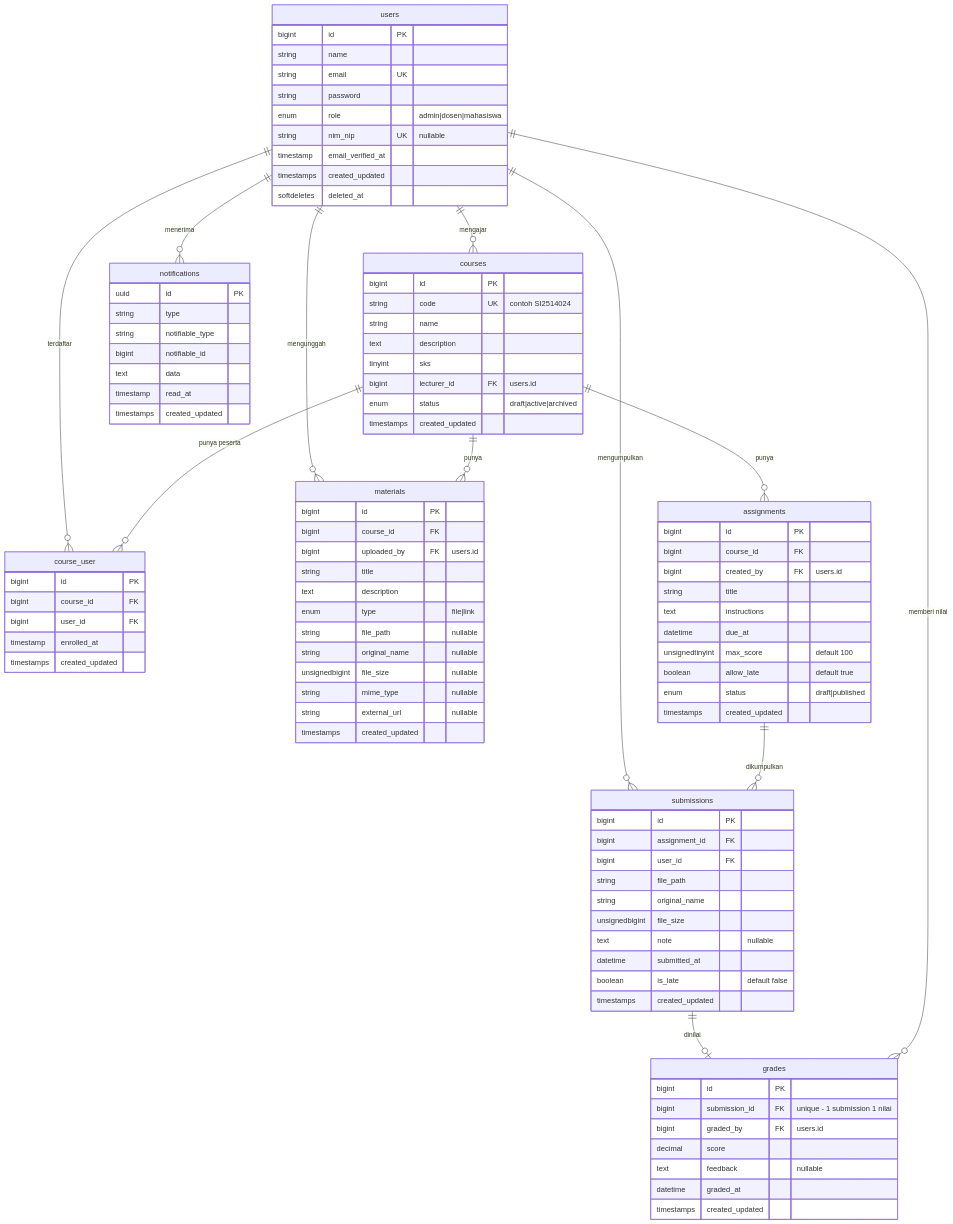
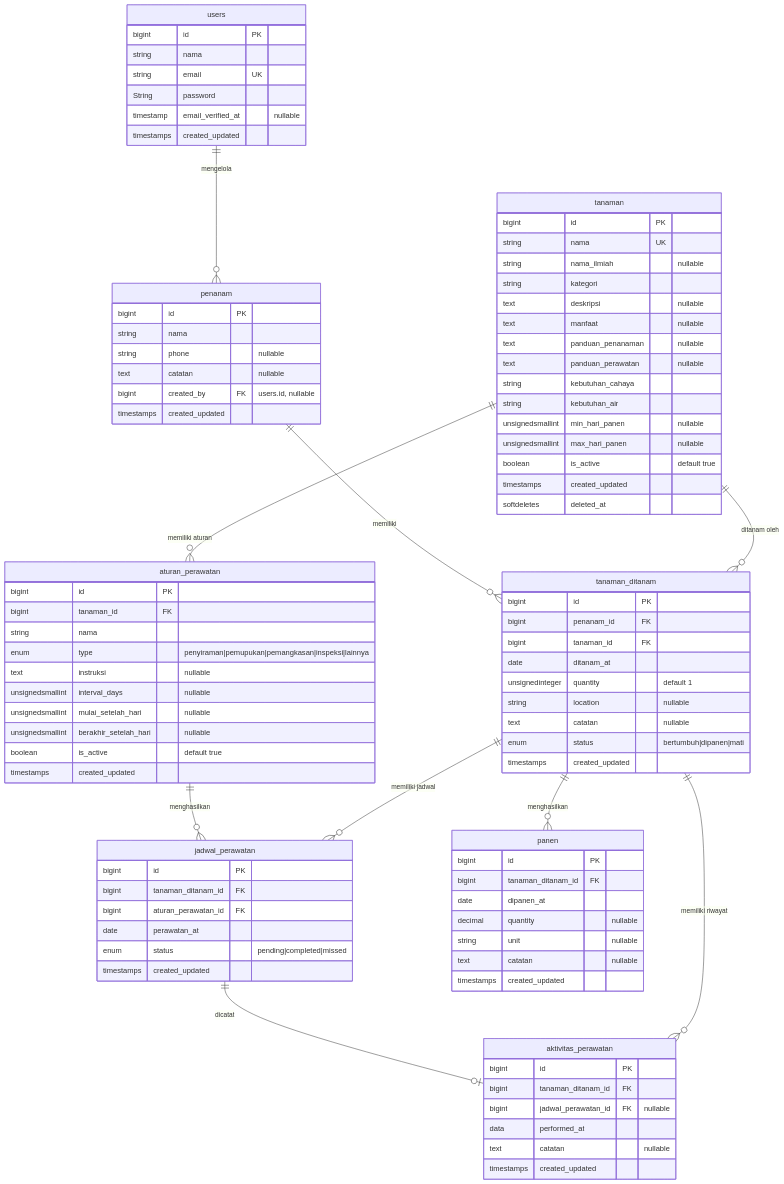
The diagram in spesifikasi-proyek-Akarasa/spesifikasi-proyek-Kebun.md (muhammadzaldysyahfiraz/web-akarasa), drawn with Mermaid before and after one commit. The commit also changed other lines of this file, not shown here.

````diff
--- a/spesifikasi-proyek-Akarasa/spesifikasi-proyek-Kebun.md
+++ b/spesifikasi-proyek-Akarasa/spesifikasi-proyek-Kebun.md
@@ -362,108 +362,107 @@
 ```mermaid
 erDiagram
-    users ||--o{ course_user : "terdaftar"
-    users ||--o{ courses : "mengajar"
-    users ||--o{ submissions : "mengumpulkan"
-    users ||--o{ materials : "mengunggah"
-    users ||--o{ notifications : "menerima"
+    users ||--o{ penanam : "mengelola"
+    
+    penanam ||--o{ tanaman_ditanam : "memiliki"
+    tanaman ||--o{ tanaman_ditanam : "ditanam oleh"
 
-    courses ||--o{ course_user : "punya peserta"
-    courses ||--o{ materials : "punya"
-    courses ||--o{ assignments : "punya"
+    tanaman ||--o{ aturan_perawatan : "memiliki aturan"
+    aturan_perawatan ||--o{ jadwal_perawatan : "menghasilkan"
 
-    assignments ||--o{ submissions : "dikumpulkan"
-    submissions ||--o| grades : "dinilai"
-    users ||--o{ grades : "memberi nilai"
+    tanaman_ditanam ||--o{ jadwal_perawatan : "memiliki jadwal"
+
+    jadwal_perawatan ||--o| aktivitas_perawatan : "dicatat" 
+    tanaman_ditanam ||--o{ aktivitas_perawatan : "memiliki riwayat"
+    
+    tanaman_ditanam ||--o{ panen : "menghasilkan"
 
     users {
         bigint id PK
-        string name
+        string nama
         string email UK
-        string password
-        enum role "admin|dosen|mahasiswa"
-        string nim_nip UK "nullable"
-        timestamp email_verified_at
+        String password
+        timestamp email_verified_at "nullable"
+        timestamps created_updated
+    }
+
+    penanam {
+        bigint id PK
+        string nama
+        string phone "nullable"
+        text catatan "nullable"
+        bigint created_by FK "users.id, nullable"
+        timestamps created_updated
+    }
+
+    tanaman {
+        bigint id PK
+        string nama UK
+        string nama_ilmiah "nullable"
+        string kategori
+        text deskripsi "nullable"
+        text manfaat "nullable"
+        text panduan_penanaman "nullable"
+        text panduan_perawatan "nullable"
+        string kebutuhan_cahaya
+        string kebutuhan_air
+        unsignedsmallint min_hari_panen "nullable"
+        unsignedsmallint max_hari_panen "nullable"
+        boolean is_active "default true"
         timestamps created_updated
         softdeletes deleted_at
     }
 
-    courses {
+    aturan_perawatan {
         bigint id PK
-        string code UK "contoh SI2514024"
-        string name
-        text description
-        tinyint sks
-        bigint lecturer_id FK "users.id"
-        enum status "draft|active|archived"
+        bigint tanaman_id FK
+        string nama
+        enum type "penyiraman|pemupukan|pemangkasan|inspeksi|lainnya"
+        text instruksi "nullable"
+        unsignedsmallint interval_days "nullable"
+        unsignedsmallint mulai_setelah_hari "nullable"
+        unsignedsmallint berakhir_setelah_hari "nullable"
+        boolean is_active "default true"
         timestamps created_updated
     }
 
-    course_user {
+    tanaman_ditanam {
         bigint id PK
-        bigint course_id FK
-        bigint user_id FK
-        timestamp enrolled_at
+        bigint penanam_id FK
+        bigint tanaman_id FK
+        date ditanam_at
+        unsignedinteger quantity "default 1"
+        string location "nullable"
+        text catatan "nullable"
+        enum status "bertumbuh|dipanen|mati"
         timestamps created_updated
     }
 
-    materials {
+
+    jadwal_perawatan {
         bigint id PK
-        bigint course_id FK
-        bigint uploaded_by FK "users.id"
-        string title
-        text description
-        enum type "file|link"
-        string file_path "nullable"
-        string original_name "nullable"
-        unsignedbigint file_size "nullable"
-        string mime_type "nullable"
-        string external_url "nullable"
+        bigint tanaman_ditanam_id FK
+        bigint aturan_perawatan_id FK
+        date perawatan_at
+        enum status "pending|completed|missed"
         timestamps created_updated
     }
 
-    assignments {
+    aktivitas_perawatan {
         bigint id PK
-        bigint course_id FK
-        bigint created_by FK "users.id"
-        string title
-        text instructions
-        datetime due_at
-        unsignedtinyint max_score "default 100"
-        boolean allow_late "default true"
-        enum status "draft|published"
+        bigint tanaman_ditanam_id FK
+        bigint jadwal_perawatan_id FK "nullable"
+        data performed_at
+        text catatan "nullable"
         timestamps created_updated
     }
 
-    submissions {
+    panen {
         bigint id PK
-        bigint assignment_id FK
-        bigint user_id FK
-        string file_path
-        string original_name
-        unsignedbigint file_size
-        text note "nullable"
-        datetime submitted_at
-        boolean is_late "default false"
-        timestamps created_updated
-    }
-
-    grades {
-        bigint id PK
-        bigint submission_id FK "unique - 1 submission 1 nilai"
-        bigint graded_by FK "users.id"
-        decimal score
-        text feedback "nullable"
-        datetime graded_at
-        timestamps created_updated
-    }
-
-    notifications {
-        uuid id PK
-        string type
-        string notifiable_type
-        bigint notifiable_id
-        text data
-        timestamp read_at
+        bigint tanaman_ditanam_id FK
+        date dipanen_at
+        decimal quantity "nullable"
+        string unit "nullable"
+        text catatan "nullable"
         timestamps created_updated
     }
 ```
````
